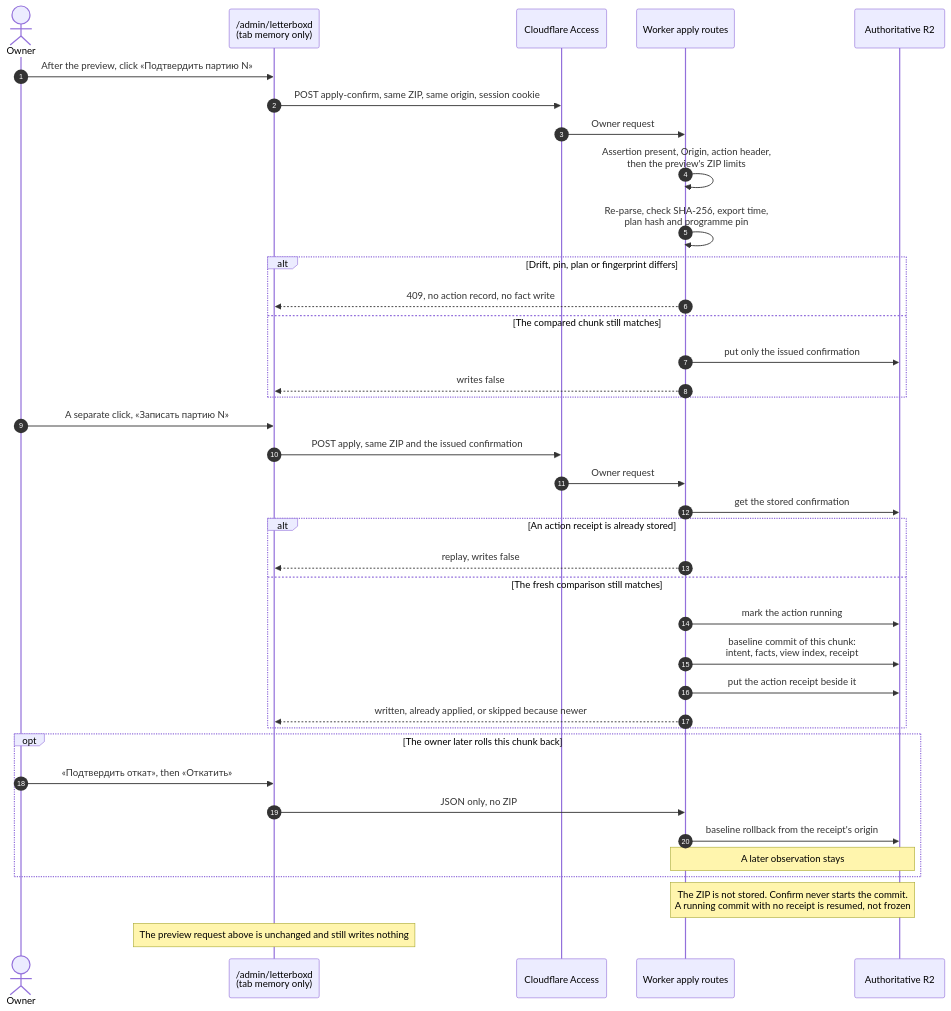
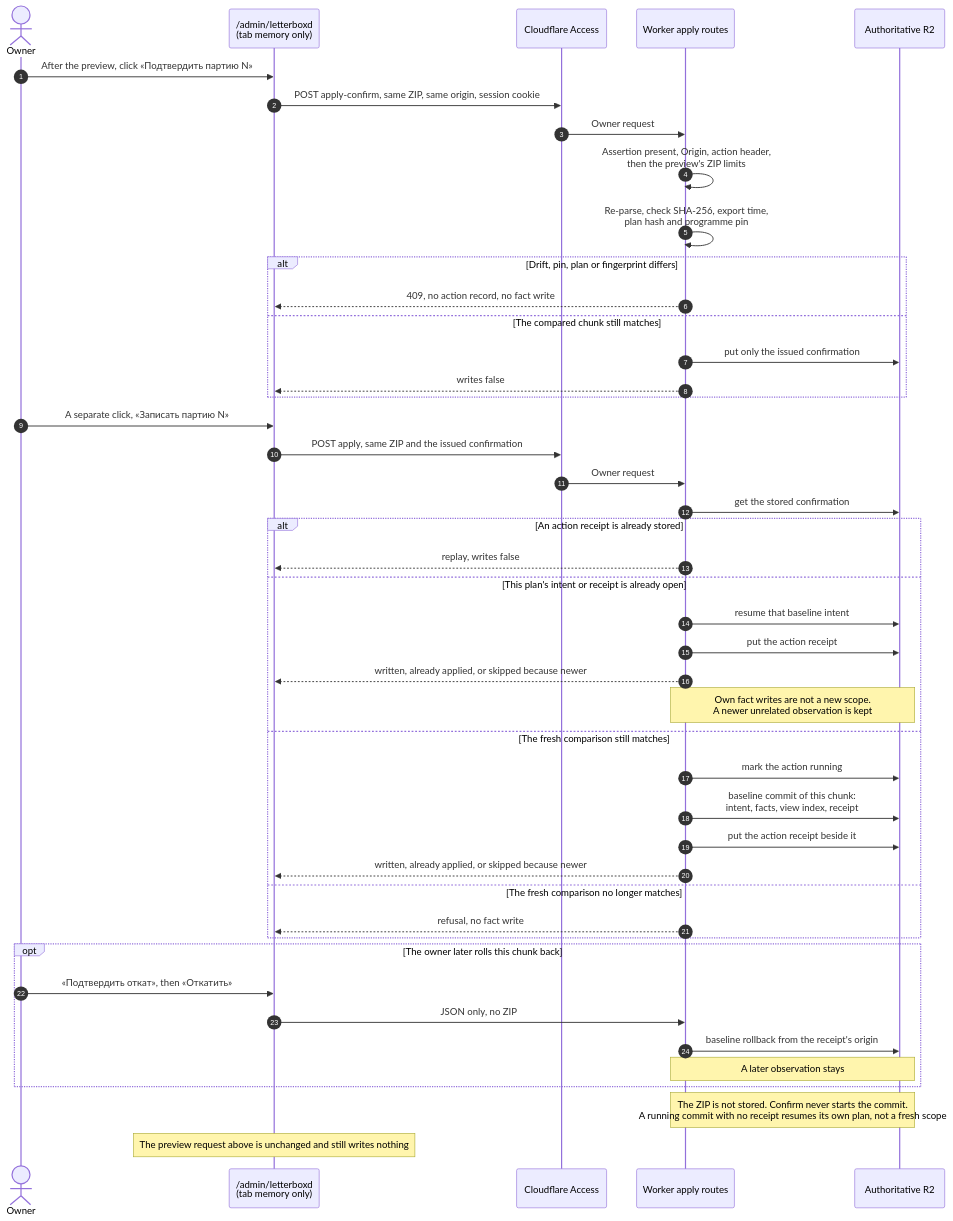
The fourth of 4 diagrams in docs/architecture/letterboxd-ingestion.md (vladimino/iptv-watchlist), drawn with Mermaid before and after one commit. The commit also changed 8 other files, not shown here.

First line of the commit message:
Resume an interrupted archive apply from its own plan

````diff
--- a/docs/architecture/letterboxd-ingestion.md
+++ b/docs/architecture/letterboxd-ingestion.md
@@ -128,40 +128,47 @@
 ```mermaid
 sequenceDiagram
     autonumber
     actor Owner
     participant Page as /admin/letterboxd<br/>(tab memory only)
     participant Access as Cloudflare Access
     participant Worker as Worker apply routes
     participant R2 as Authoritative R2
     Owner->>Page: After the preview, click «Подтвердить партию N»
     Page->>Access: POST apply-confirm, same ZIP, same origin, session cookie
     Access->>Worker: Owner request
     Worker->>Worker: Assertion present, Origin, action header,<br/>then the preview's ZIP limits
     Worker->>Worker: Re-parse, check SHA-256, export time,<br/>plan hash and programme pin
     alt Drift, pin, plan or fingerprint differs
         Worker-->>Page: 409, no action record, no fact write
     else The compared chunk still matches
         Worker->>R2: put only the issued confirmation
         Worker-->>Page: writes false
     end
     Owner->>Page: A separate click, «Записать партию N»
     Page->>Access: POST apply, same ZIP and the issued confirmation
     Access->>Worker: Owner request
     Worker->>R2: get the stored confirmation
     alt An action receipt is already stored
         Worker-->>Page: replay, writes false
+    else This plan's intent or receipt is already open
+        Worker->>R2: resume that baseline intent
+        Worker->>R2: put the action receipt
+        Worker-->>Page: written, already applied, or skipped because newer
+        Note over Worker,R2: Own fact writes are not a new scope.<br/>A newer unrelated observation is kept
     else The fresh comparison still matches
         Worker->>R2: mark the action running
         Worker->>R2: baseline commit of this chunk:<br/>intent, facts, view index, receipt
         Worker->>R2: put the action receipt beside it
         Worker-->>Page: written, already applied, or skipped because newer
+    else The fresh comparison no longer matches
+        Worker-->>Page: refusal, no fact write
     end
     opt The owner later rolls this chunk back
         Owner->>Page: «Подтвердить откат», then «Откатить»
         Page->>Worker: JSON only, no ZIP
         Worker->>R2: baseline rollback from the receipt's origin
         Note over Worker,R2: A later observation stays
     end
-    Note over Worker,R2: The ZIP is not stored. Confirm never starts the commit.<br/>A running commit with no receipt is resumed, not frozen
+    Note over Worker,R2: The ZIP is not stored. Confirm never starts the commit.<br/>A running commit with no receipt resumes its own plan, not a fresh scope
     Note over Page: The preview request above is unchanged and still writes nothing
 ```
````
